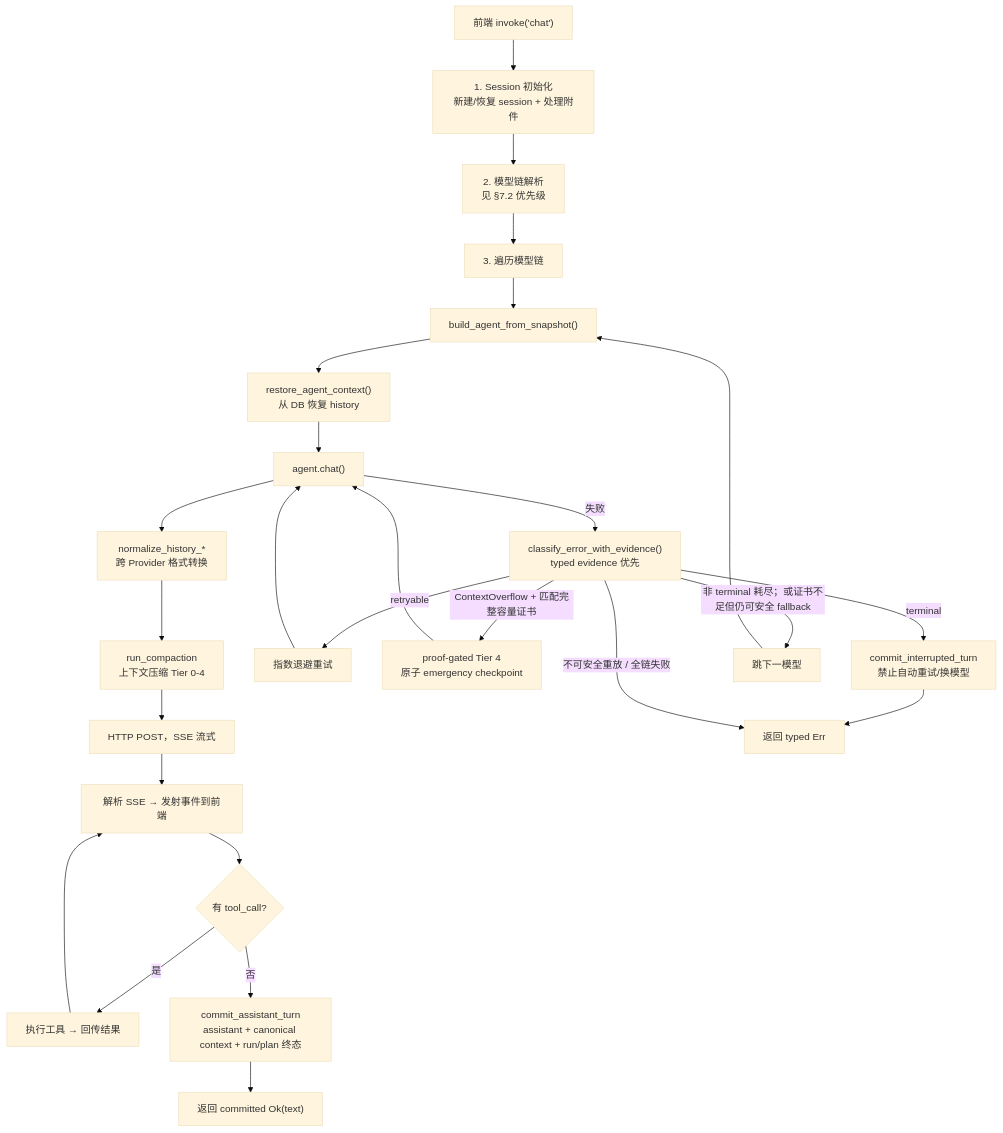
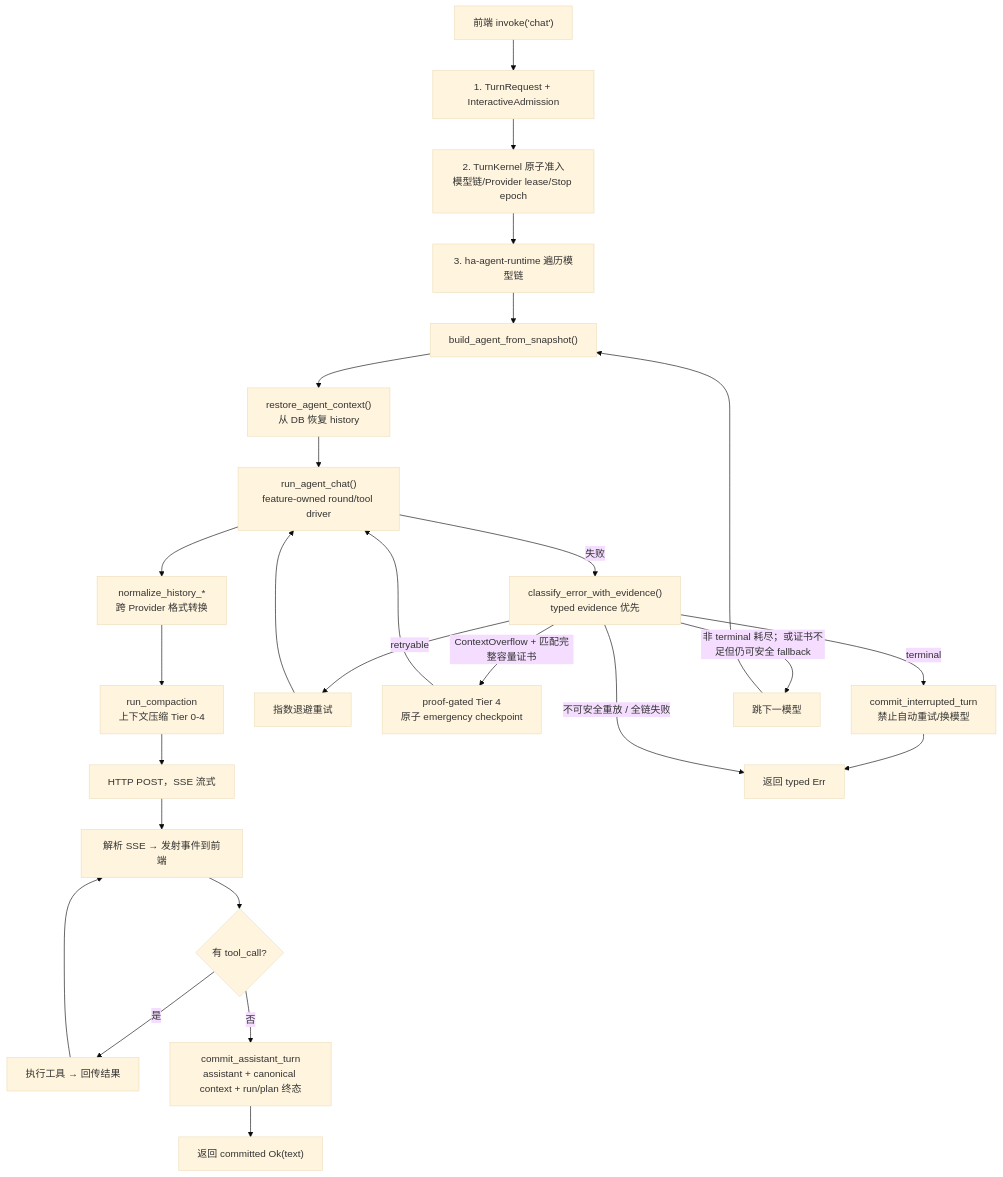
The fourth of 16 diagrams in mirrors/repos/shiwenwen@hope-agent/docs/architecture/core/provider-system.md (gabrielmoreira/agent-skills-mirror), drawn with Mermaid (base theme) before and after one commit. The commit also changed other lines of this file and 2396 other files, not shown here.

````diff
--- a/mirrors/repos/shiwenwen@hope-agent/docs/architecture/core/provider-system.md
+++ b/mirrors/repos/shiwenwen@hope-agent/docs/architecture/core/provider-system.md
@@ -220,26 +221,26 @@
 ```mermaid
 flowchart TD
-  FE["前端 invoke('chat')"] --> INIT["1. Session 初始化<br/>新建/恢复 session + 处理附件"]
-  INIT --> CHAIN["2. 模型链解析<br/>见 §7.2 优先级"]
-  CHAIN --> LOOP["3. 遍历模型链"]
+  FE["前端 invoke('chat')"] --> INIT["1. TurnRequest + InteractiveAdmission"]
+  INIT --> KERNEL["2. TurnKernel 原子准入<br/>模型链/Provider lease/Stop epoch"]
+  KERNEL --> LOOP["3. ha-agent-runtime 遍历模型链"]
 
   LOOP --> BUILD["build_agent_from_snapshot()"]
   BUILD --> RESTORE["restore_agent_context()<br/>从 DB 恢复 history"]
-  RESTORE --> CHAT["agent.chat()"]
+  RESTORE --> CHAT["run_agent_chat()<br/>feature-owned round/tool driver"]
 
   CHAT --> NORM["normalize_history_*<br/>跨 Provider 格式转换"]
   NORM --> COMPACT["run_compaction<br/>上下文压缩 Tier 0-4"]
   COMPACT --> API["HTTP POST，SSE 流式"]
   API --> PARSE["解析 SSE → 发射事件到前端"]
   PARSE --> TOOL{"有 tool_call?"}
   TOOL -->|是| EXEC["执行工具 → 回传结果"] --> PARSE
   TOOL -->|否| SAVE["commit_assistant_turn<br/>assistant + canonical context + run/plan 终态"]
   SAVE --> OK["返回 committed Ok(text)"]
 
   CHAT -->|失败| CLASSIFY["classify_error_with_evidence()<br/>typed evidence 优先"]
   CLASSIFY -->|retryable| RETRY["指数退避重试"] --> CHAT
   CLASSIFY -->|"ContextOverflow + 匹配完整容量证书"| EMERGENCY["proof-gated Tier 4<br/>原子 emergency checkpoint"] --> CHAT
   CLASSIFY -->|"terminal"| ABORT["commit_interrupted_turn<br/>禁止自动重试/换模型"] --> ERR["返回 typed Err"]
   CLASSIFY -->|"非 terminal 耗尽；或证书不足但仍可安全 fallback"| NEXT["跳下一模型"] --> BUILD
   CLASSIFY -->|"不可安全重放 / 全链失败"| ERR
 ```
````
